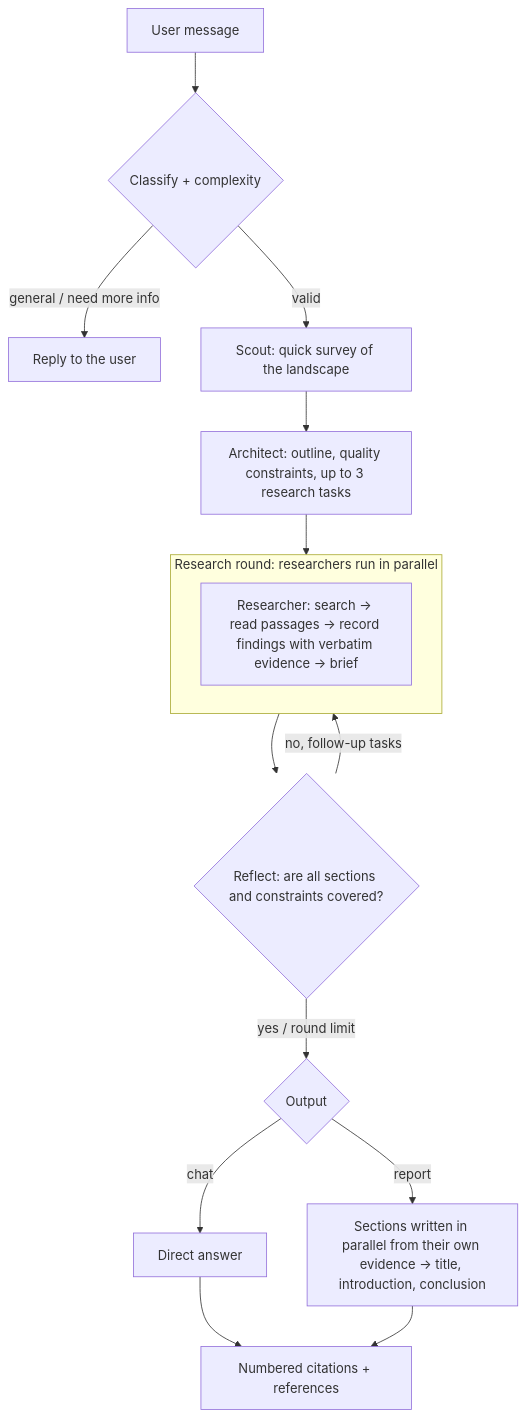
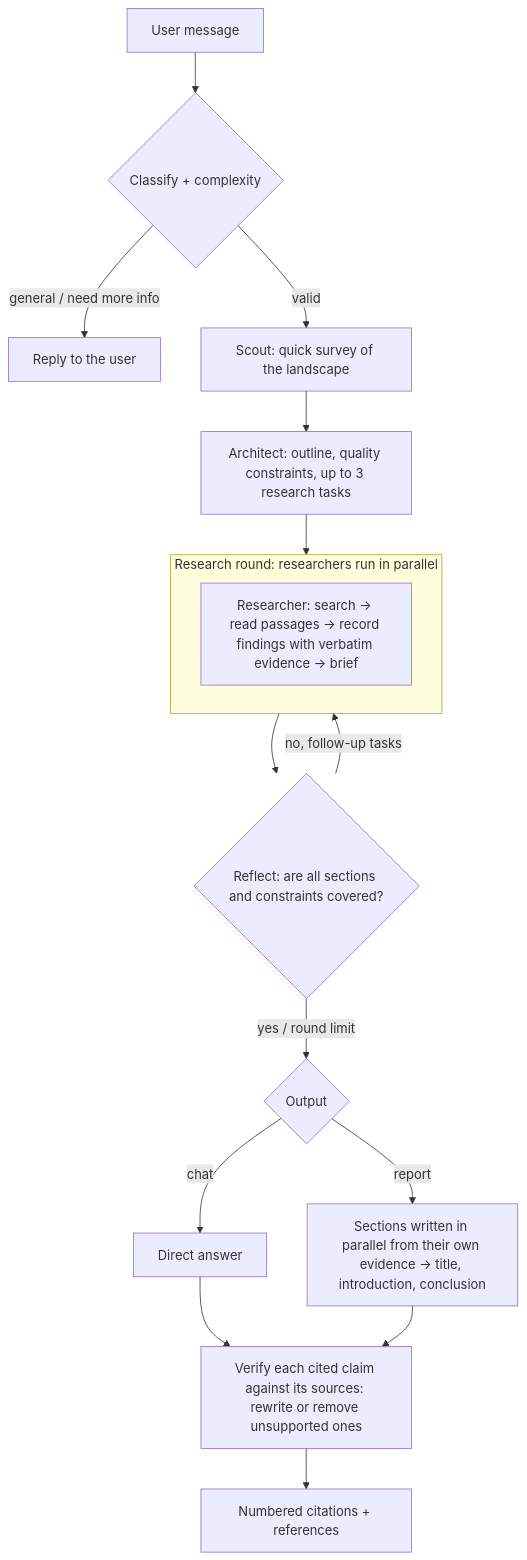
The diagram in README.md (lorenzofavaro/deep-research), drawn with Mermaid before and after one commit. The commit also changed other lines of this file and 8 other files, not shown here.

First line of the commit message:
Phase 5: verify every cited claim against its sources

````diff
--- a/README.md
+++ b/README.md
@@ -9,18 +9,19 @@
 ```mermaid
 flowchart TD
     U[User message] --> C{Classify + complexity}
     C -- general / need more info --> R[Reply to the user]
     C -- valid --> SC[Scout: quick survey of the landscape]
     SC --> P[Architect: outline, quality constraints, up to 3 research tasks]
     P --> S
     subgraph S[Research round: researchers run in parallel]
         A[Researcher: search → read passages → record findings with verbatim evidence → brief]
     end
     S --> F{Reflect: are all sections and constraints covered?}
     F -- no, follow-up tasks --> S
     F -- yes / round limit --> M{Output}
     M -- chat --> X[Direct answer]
     M -- report --> W[Sections written in parallel from their own evidence → title, introduction, conclusion]
-    X --> REF[Numbered citations + references]
-    W --> REF
+    X --> V[Verify each cited claim against its sources: rewrite or remove unsupported ones]
+    W --> V
+    V --> REF[Numbered citations + references]
 ```
````
